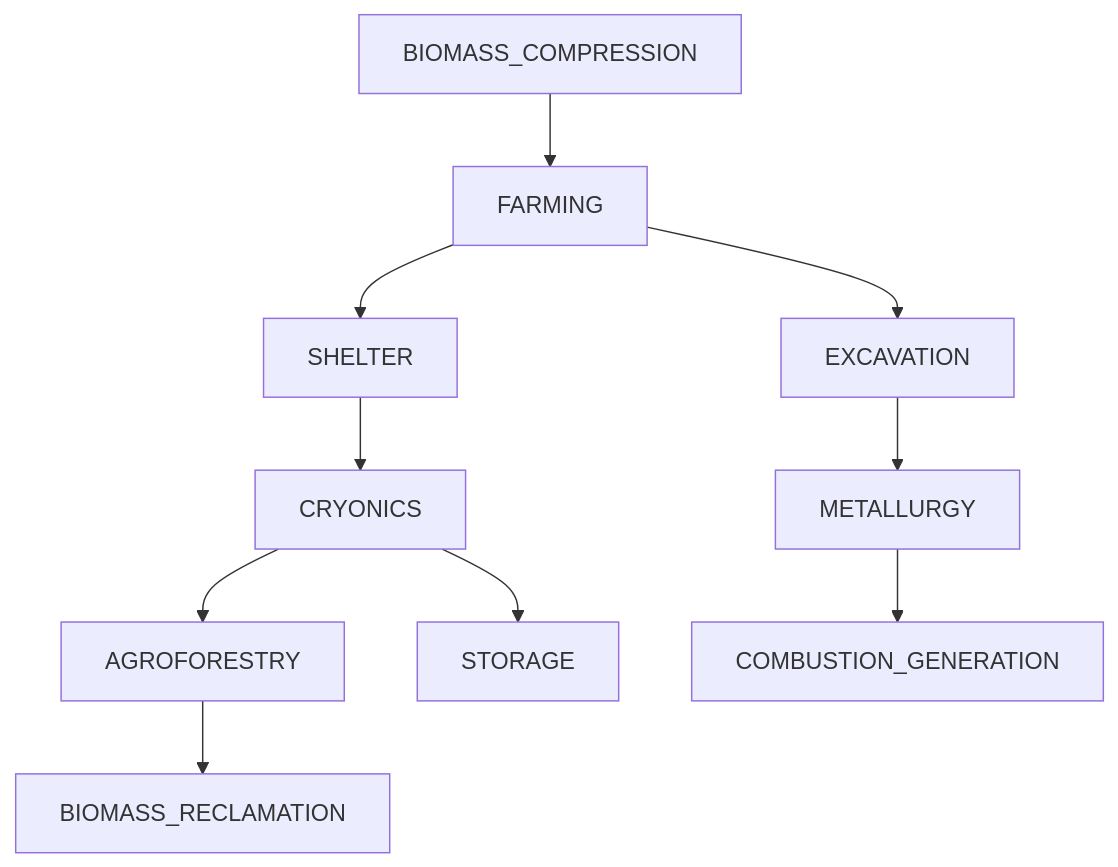
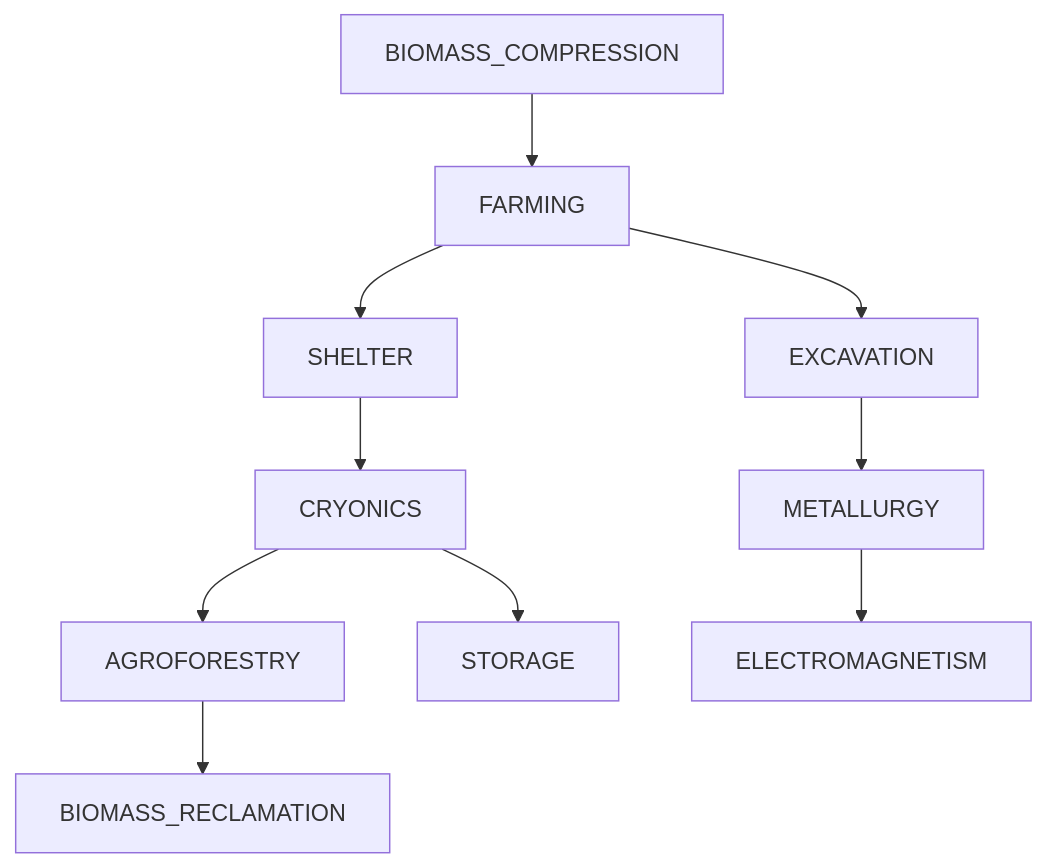
One commit to krnsk0/idler changed the diagram in docs/TECH_TREE.md. Above: the diagram before and after it, drawn with Mermaid. The commit also changed 9 other files, not shown here.

````diff
--- a/docs/TECH_TREE.md
+++ b/docs/TECH_TREE.md
@@ -6,13 +6,13 @@
 ```mermaid
 flowchart TD;
   BIOMASS_COMPRESSION --> FARMING
   FARMING --> SHELTER
   FARMING --> EXCAVATION
   SHELTER --> CRYONICS
   CRYONICS --> AGROFORESTRY
   CRYONICS --> STORAGE
   AGROFORESTRY --> BIOMASS_RECLAMATION
   EXCAVATION --> METALLURGY
-  METALLURGY --> COMBUSTION_GENERATION
+  METALLURGY --> ELECTROMAGNETISM
 
 ```
````
